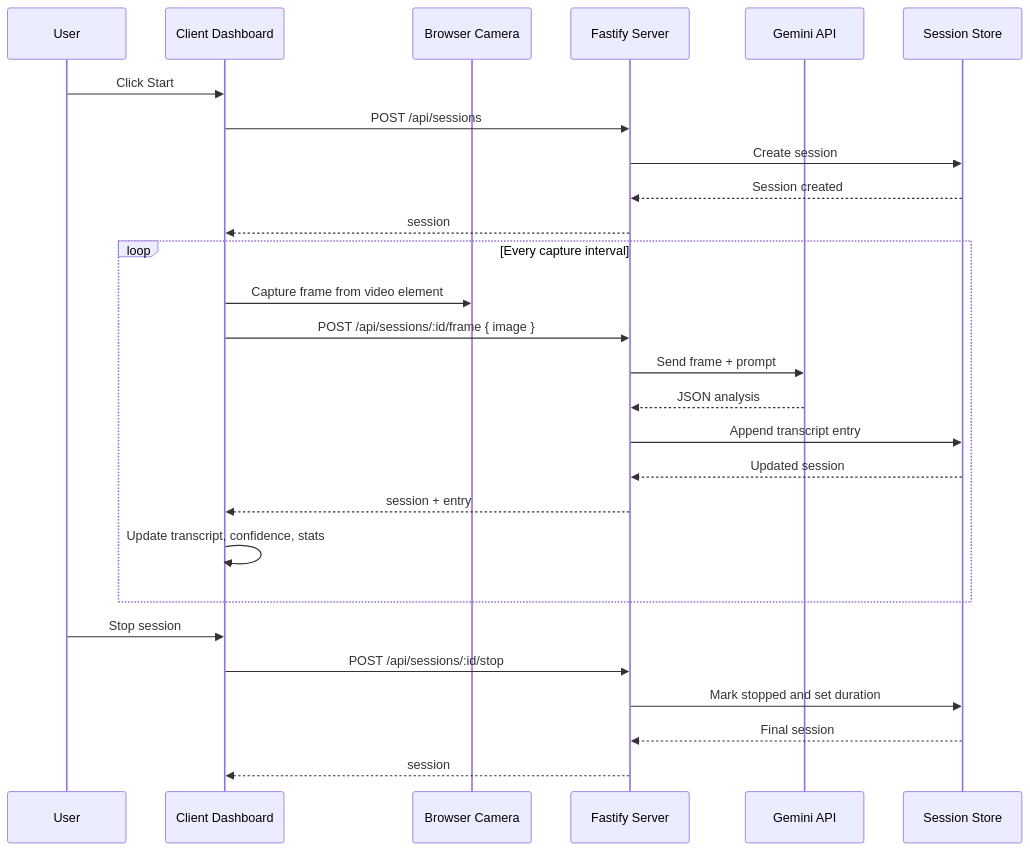
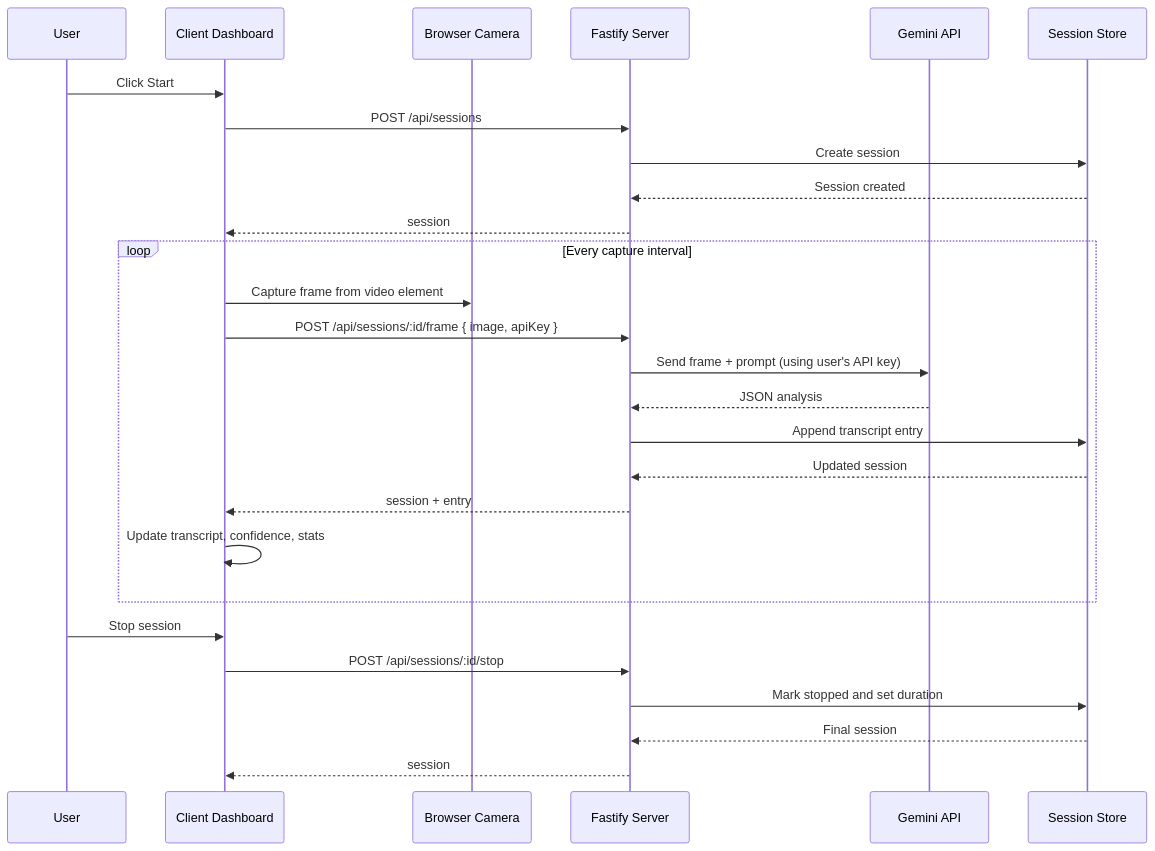
Before and after one commit to Lashen1227/signify: the fourth of 4 diagrams in ARCHITECTURE.md, drawn with Mermaid. The commit also changed other lines of this file and 1 other file, not shown here.

First line of the commit message:
docs: update README and architecture for user-managed API keys

````diff
--- a/ARCHITECTURE.md
+++ b/ARCHITECTURE.md
@@ -167,32 +182,32 @@
 ```mermaid
 sequenceDiagram
   participant U as User
   participant UI as Client Dashboard
   participant CAM as Browser Camera
   participant API as Fastify Server
   participant GEM as Gemini API
   participant DB as Session Store
 
   U->>UI: Click Start
   UI->>API: POST /api/sessions
   API->>DB: Create session
   DB-->>API: Session created
   API-->>UI: session
 
   loop Every capture interval
     UI->>CAM: Capture frame from video element
-    UI->>API: POST /api/sessions/:id/frame { image }
-    API->>GEM: Send frame + prompt
+    UI->>API: POST /api/sessions/:id/frame { image, apiKey }
+    API->>GEM: Send frame + prompt (using user's API key)
     GEM-->>API: JSON analysis
     API->>DB: Append transcript entry
     DB-->>API: Updated session
     API-->>UI: session + entry
     UI->>UI: Update transcript, confidence, stats
   end
 
   U->>UI: Stop session
   UI->>API: POST /api/sessions/:id/stop
   API->>DB: Mark stopped and set duration
   DB-->>API: Final session
   API-->>UI: session
 ```
````
